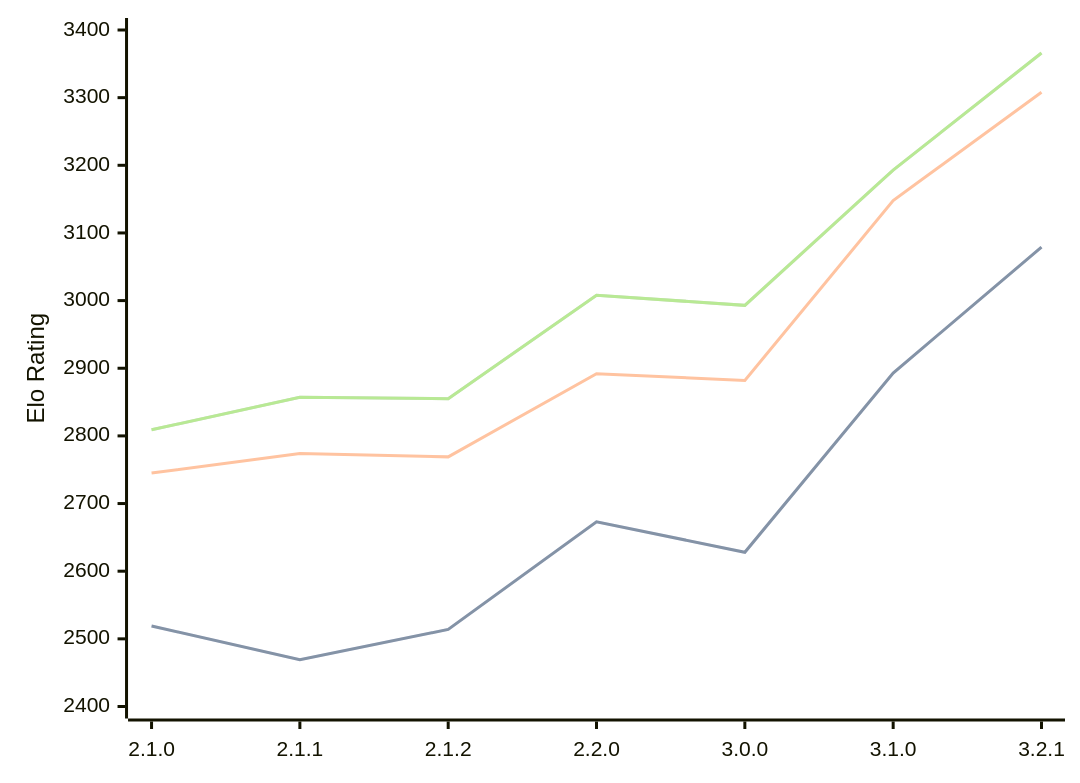
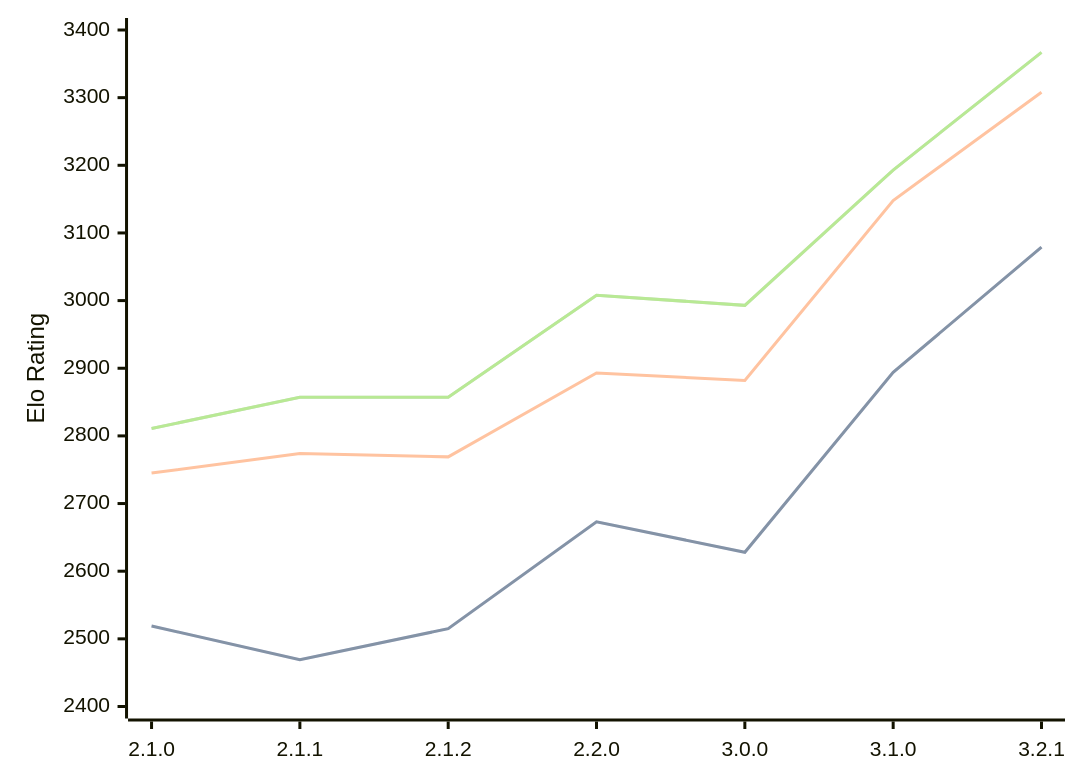
Before and after one commit to computer-chess-index/cci: the third of 3 diagrams in engines/Prune.md, drawn with Mermaid. The commit also changed other lines of this file, not shown here.

Commit message:
Update CCI Ratings (ELO VLTC) - 2026-06-21

````diff
--- a/engines/Prune.md
+++ b/engines/Prune.md
@@ -75,11 +75,11 @@
 ```mermaid
 %%{init: {"theme":"base","themeVariables":{"seriesColors:['#a3a3a3','#222221','#faa371']}}}%%
 xychart-beta
   x-axis ["2.1.0", "2.1.1", "2.1.2", "2.2.0", "3.0.0", "3.1.0", "3.2.1"]
   y-axis "Elo Rating" 2400 --> 3400
-  line "STC (8.0+0.08s)" [2519, 2469, 2514, 2673, 2628, 2893, 3079]
-  line "STC (8.0+0.08s)" [2519, 2469, 2514, 2673, 2628, 2893, 3079]
-  line "LTC (60.0+0.60s)" [2745, 2774, 2769, 2892, 2882, 3148, 3308]
-  line "VLTC (2m24s+1.12s)" [2809, 2857, 2855, 3008, 2993, 3193, 3366]
-  line "VLTC (2m24s+1.12s)" [2809, 2857, 2855, 3008, 2993, 3193, 3366]
+  line "STC (8.0+0.08s)" [2519, 2469, 2515, 2673, 2628, 2894, 3079]
+  line "STC (8.0+0.08s)" [2519, 2469, 2515, 2673, 2628, 2894, 3079]
+  line "LTC (60.0+0.60s)" [2745, 2774, 2769, 2893, 2882, 3148, 3308]
+  line "VLTC (2m24s+1.12s)" [2811, 2857, 2857, 3008, 2993, 3193, 3367]
+  line "VLTC (2m24s+1.12s)" [2811, 2857, 2857, 3008, 2993, 3193, 3367]
 ```
````
